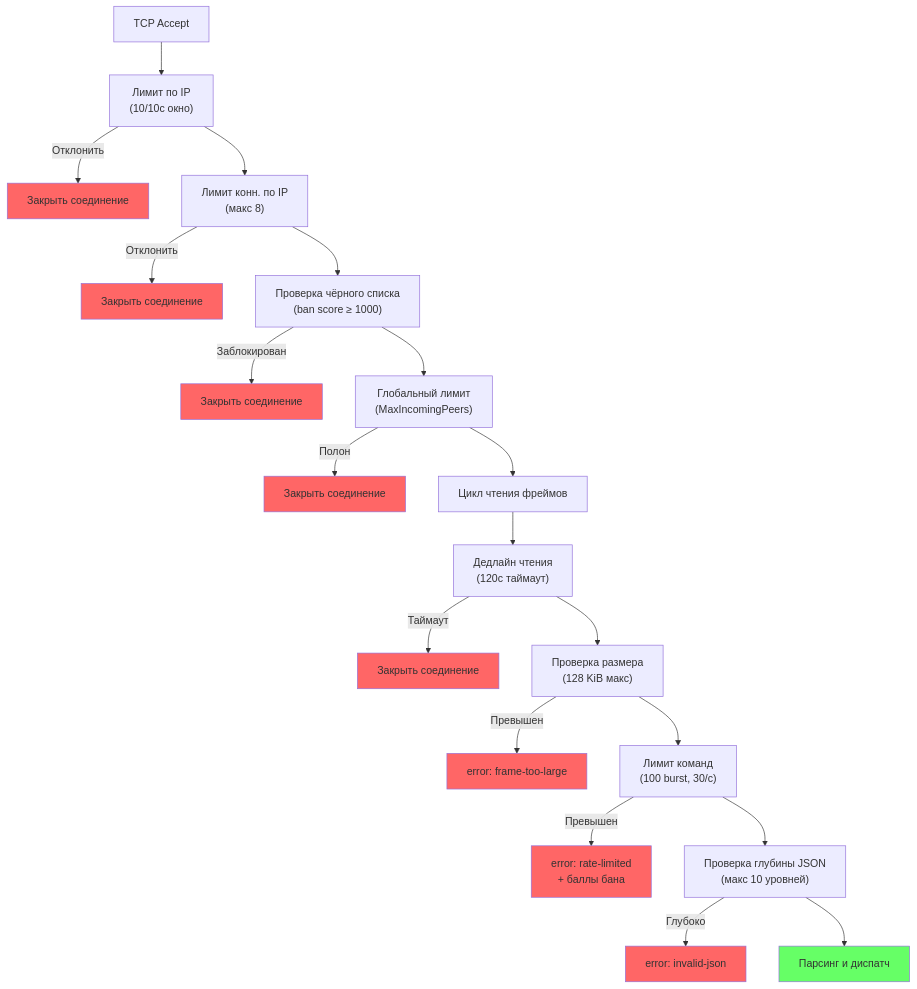
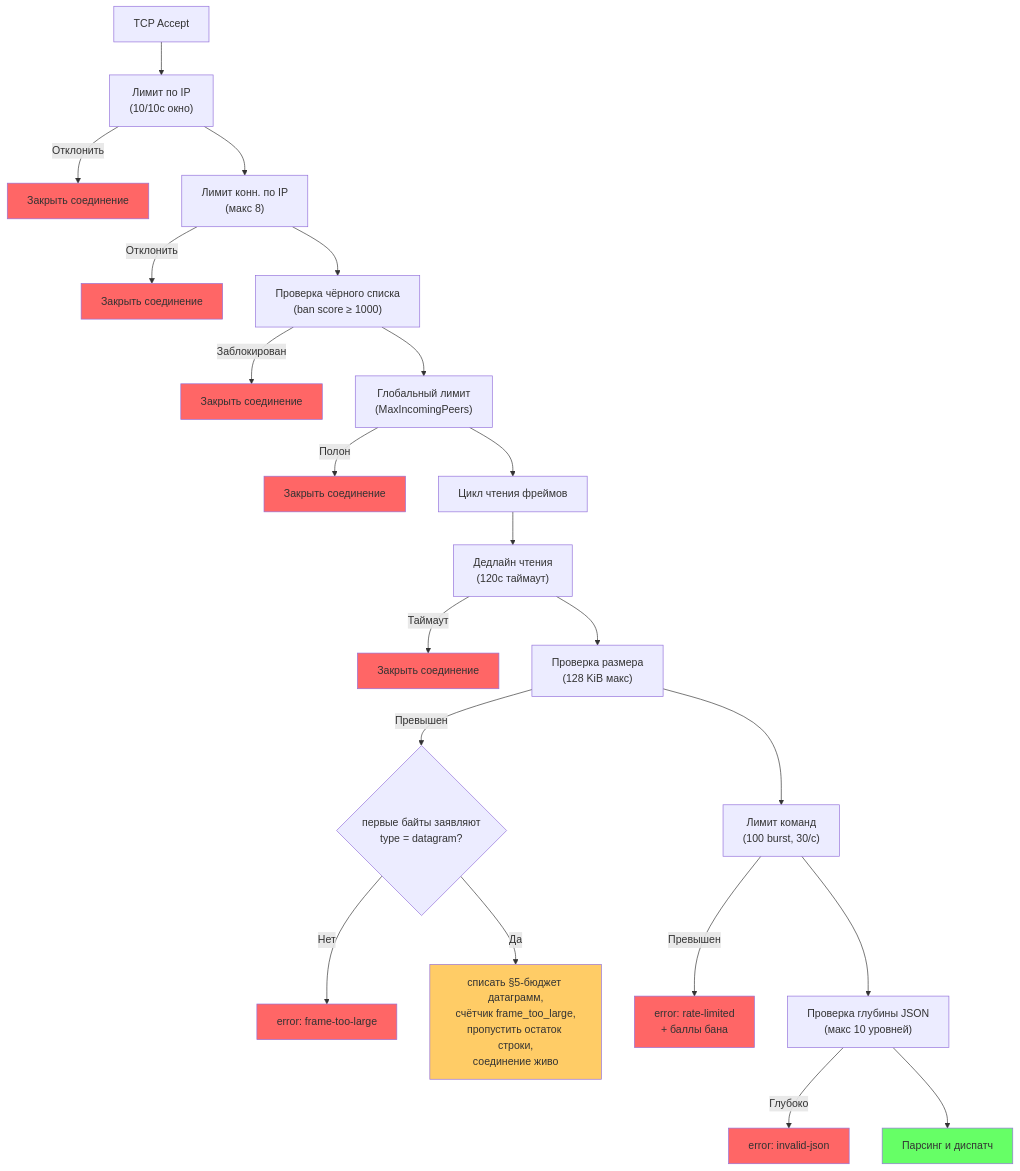
The third of 4 diagrams in docs/protocol/network_security.md (piratecash/corsa), drawn with Mermaid before and after one commit. The commit also changed other lines of this file and 181 other files, not shown here.

````diff
--- a/docs/protocol/network_security.md
+++ b/docs/protocol/network_security.md
@@ -348,31 +612,34 @@
 ```mermaid
 graph TB
     TCP["TCP Accept"] --> ConnRate["Лимит по IP<br/>(10/10с окно)"]
     ConnRate -->|Отклонить| Drop1["Закрыть соединение"]
     ConnRate --> IPCap["Лимит конн. по IP<br/>(макс 8)"]
     IPCap -->|Отклонить| Drop2["Закрыть соединение"]
     IPCap --> Blacklist["Проверка чёрного списка<br/>(ban score ≥ 1000)"]
     Blacklist -->|Заблокирован| Drop3["Закрыть соединение"]
     Blacklist --> GlobalCap["Глобальный лимит<br/>(MaxIncomingPeers)"]
     GlobalCap -->|Полон| Drop4["Закрыть соединение"]
     GlobalCap --> ReadLoop["Цикл чтения фреймов"]
     ReadLoop --> Deadline["Дедлайн чтения<br/>(120с таймаут)"]
     Deadline -->|Таймаут| Drop5["Закрыть соединение"]
     Deadline --> SizeLimit["Проверка размера<br/>(128 KiB макс)"]
-    SizeLimit -->|Превышен| Drop6["error: frame-too-large"]
+    SizeLimit -->|Превышен| Claim{"первые байты заявляют<br/>type = datagram?"}
+    Claim -->|Нет| Drop6["error: frame-too-large"]
+    Claim -->|Да| DgDrop["списать §5-бюджет датаграмм,<br/>счётчик frame_too_large,<br/>пропустить остаток строки,<br/>соединение живо"]
     SizeLimit --> CmdRate["Лимит команд<br/>(100 burst, 30/с)"]
     CmdRate -->|Превышен| Drop7["error: rate-limited<br/>+ баллы бана"]
     CmdRate --> JSONDepth["Проверка глубины JSON<br/>(макс 10 уровней)"]
     JSONDepth -->|Глубоко| Drop8["error: invalid-json"]
     JSONDepth --> Parse["Парсинг и диспатч"]
 
     style Drop1 fill:#ff6666
     style Drop2 fill:#ff6666
     style Drop3 fill:#ff6666
     style Drop4 fill:#ff6666
     style Drop5 fill:#ff6666
     style Drop6 fill:#ff6666
     style Drop7 fill:#ff6666
     style Drop8 fill:#ff6666
+    style DgDrop fill:#ffcc66
     style Parse fill:#66ff66
 ```
````
